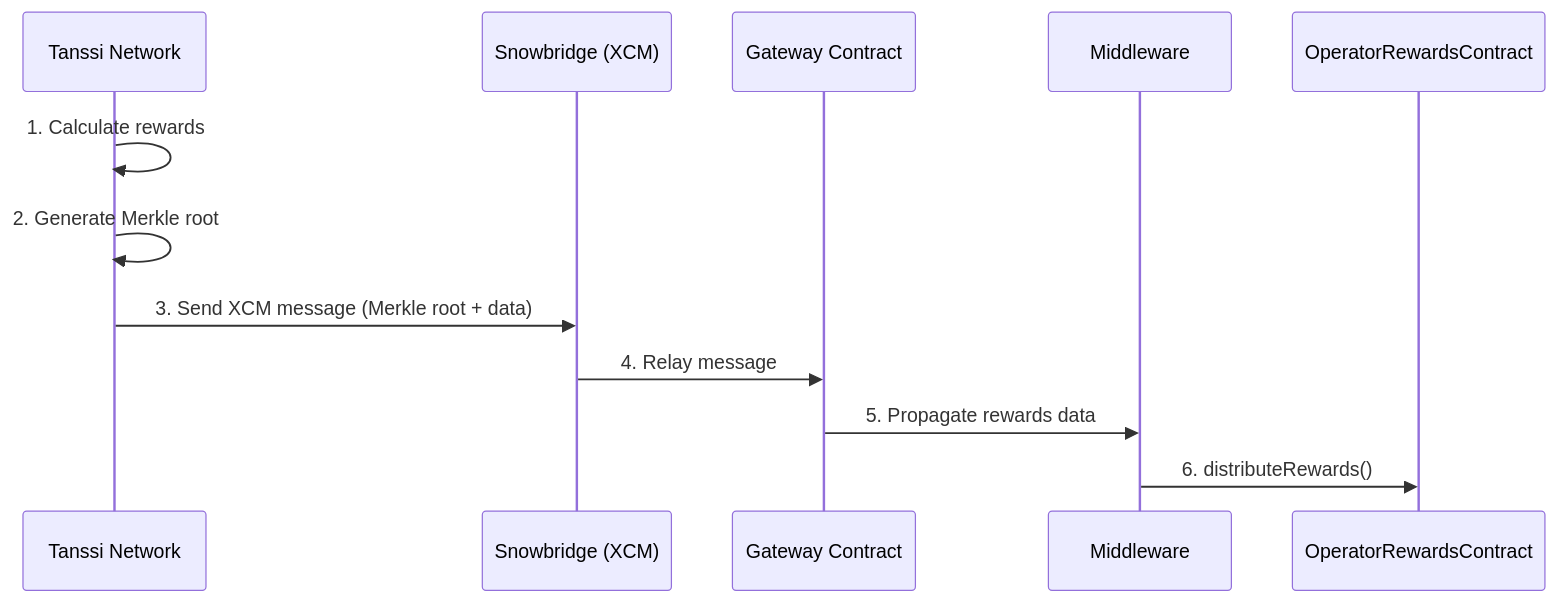
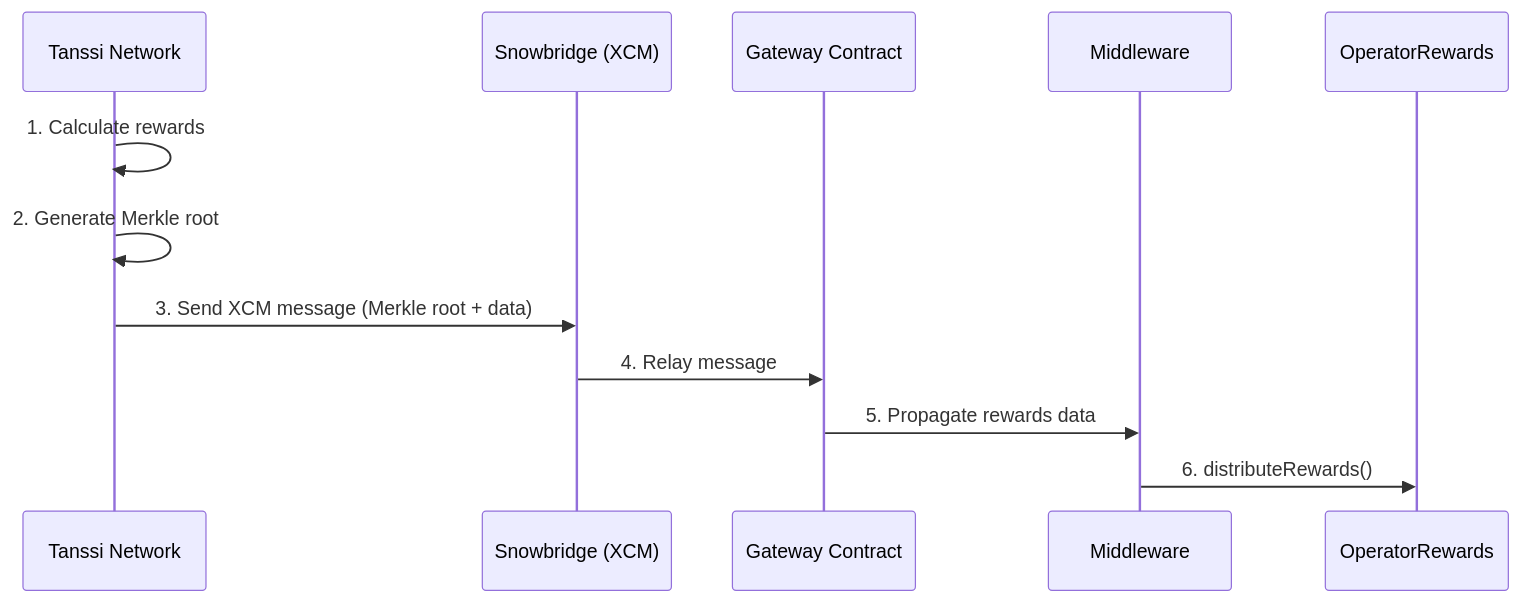
The third of 4 diagrams in learn/tanssi/external-security-providers/symbiotic.md (moondance-labs/tanssi-docs), drawn with Mermaid before and after one commit. The commit also changed other lines of this file and 1 other file, not shown here.

Commit message:
docs: rewrite rewards paragraph

````diff
--- a/learn/tanssi/external-security-providers/symbiotic.md
+++ b/learn/tanssi/external-security-providers/symbiotic.md
@@ -133,15 +131,15 @@
 ```mermaid
 sequenceDiagram
     participant Tanssi Network
     participant Snowbridge (XCM)
     participant Gateway Contract
     participant Middleware
-    participant OperatorRewardsContract
+    participant OperatorRewards
 
     Tanssi Network->>Tanssi Network: 1. Calculate rewards
     Tanssi Network->>Tanssi Network: 2. Generate Merkle root
     Tanssi Network->>Snowbridge (XCM): 3. Send XCM message (Merkle root + data)
     Snowbridge (XCM)->>Gateway Contract: 4. Relay message
     Gateway Contract->>Middleware: 5. Propagate rewards data
-    Middleware->>OperatorRewardsContract: 6. distributeRewards()
+    Middleware->>OperatorRewards: 6. distributeRewards()
 ```
````
